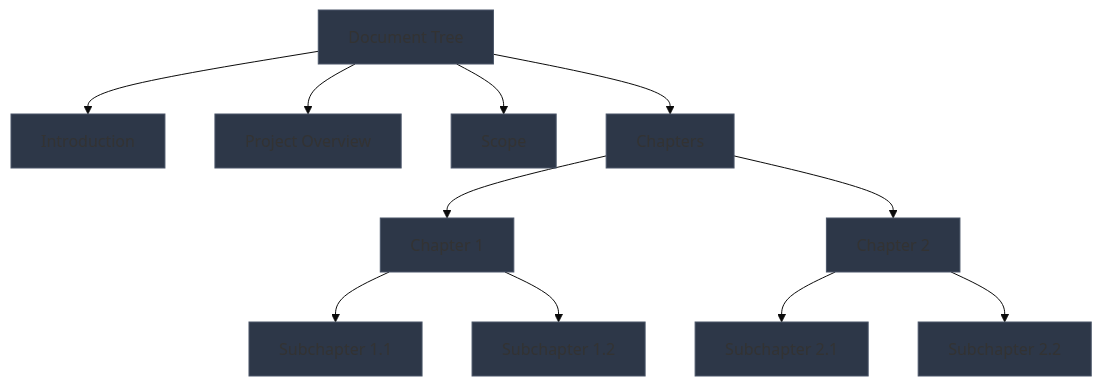
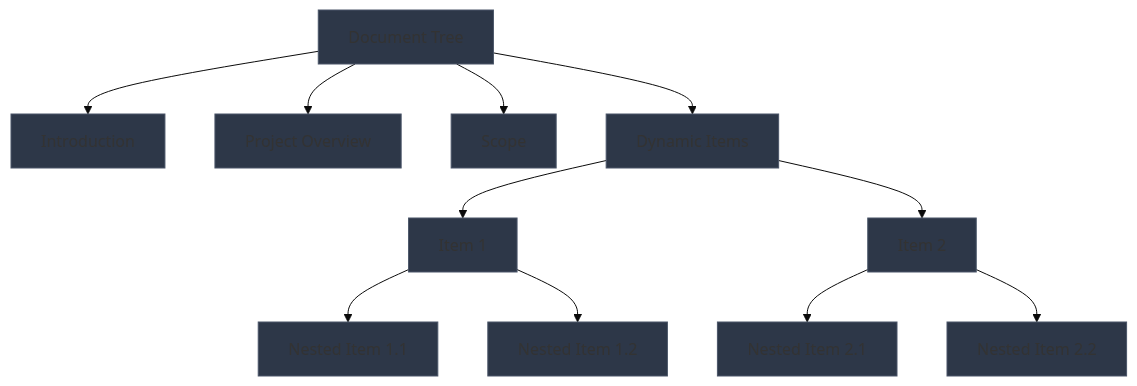
One commit to nik-x625/test2 changed the sixth of 8 diagrams in README.md. Above: the diagram before and after it, drawn with Mermaid (base theme). The commit also changed other lines of this file and 2 other files, not shown here.

````diff
--- a/README.md
+++ b/README.md
@@ -126,28 +126,28 @@
 ```mermaid
 graph TD
     A[Document Tree] --> B[Introduction]
     A --> C[Project Overview]
     A --> D[Scope]
-    A --> E[Chapters]
+    A --> E[Dynamic Items]
     
-    E --> F[Chapter 1]
-    E --> G[Chapter 2]
+    E --> F[Item 1]
+    E --> G[Item 2]
     
-    F --> H[Subchapter 1.1]
-    F --> I[Subchapter 1.2]
+    F --> H[Nested Item 1.1]
+    F --> I[Nested Item 1.2]
     
-    G --> J[Subchapter 2.1]
-    G --> K[Subchapter 2.2]
+    G --> J[Nested Item 2.1]
+    G --> K[Nested Item 2.2]
     
     style A fill:#2d3748,stroke:#4a5568
     style B fill:#2d3748,stroke:#4a5568
     style C fill:#2d3748,stroke:#4a5568
     style D fill:#2d3748,stroke:#4a5568
     style E fill:#2d3748,stroke:#4a5568
     style F fill:#2d3748,stroke:#4a5568
     style G fill:#2d3748,stroke:#4a5568
     style H fill:#2d3748,stroke:#4a5568
     style I fill:#2d3748,stroke:#4a5568
     style J fill:#2d3748,stroke:#4a5568
     style K fill:#2d3748,stroke:#4a5568
 ```
````
